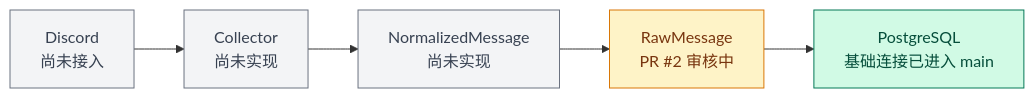
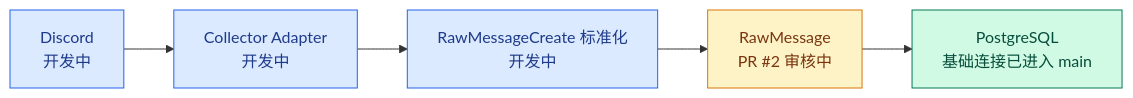
The second of 2 diagrams in docs/PROJECT_STATUS.md (norafu-dev/ai-trading), drawn with Mermaid before and after one commit. The commit also changed other lines of this file and 14 other files, not shown here.

````diff
--- a/docs/PROJECT_STATUS.md
+++ b/docs/PROJECT_STATUS.md
@@ -60,15 +65,16 @@
 ```mermaid
 flowchart LR
-    D["Discord<br/>尚未接入"] --> C["Collector<br/>尚未实现"]
-    C --> N["NormalizedMessage<br/>尚未实现"]
+    D["Discord<br/>开发中"] --> C["Collector Adapter<br/>开发中"]
+    C --> N["RawMessageCreate 标准化<br/>开发中"]
     N --> R["RawMessage<br/>PR #2 审核中"]
     R --> P["PostgreSQL<br/>基础连接已进入 main"]
 
     classDef done fill:#d1fae5,stroke:#047857,color:#064e3b;
     classDef review fill:#fef3c7,stroke:#d97706,color:#78350f;
     classDef pending fill:#f3f4f6,stroke:#6b7280,color:#374151;
 
     class P done;
     class R review;
-    class D,C,N pending;
+    classDef progress fill:#dbeafe,stroke:#2563eb,color:#1e3a8a;
+    class D,C,N progress;
 ```
````
